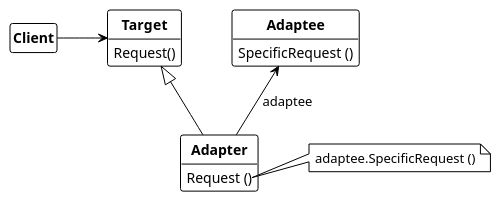
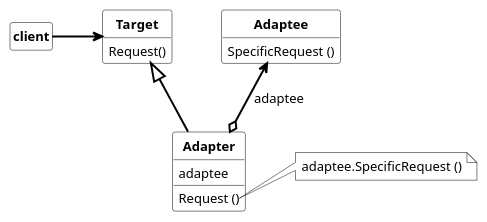
Before and after one commit to dst80/design-patterns: the second of 2 diagrams in structural_pattern/adapter/adapter.md, drawn with PlantUML. The commit also changed other lines of this file and 11 other files, not shown here.

````diff
--- a/structural_pattern/adapter/adapter.md
+++ b/structural_pattern/adapter/adapter.md
@@ -56,33 +71,49 @@
 ```plantuml
 @startuml adapter_by_composition
-!theme plain
+skinparam ranksep 50
 skinparam nodesep 50
-skinparam ranksep 50
+skinparam class {
+  FontSize 13
+  AttributeFontSize 13
+  FontStyle bold
+  BackgroundColor transparent
+  BorderColor black
+}
+skinparam arrow {
+  Color black
+  FontColor black
+  Thickness 2
+}
+skinparam note {
+  BackgroundColor transparent
+  BorderColor black
+}
 hide circle
 hide fields
 
 
-class "**Client**" as client
+class client
 hide client members
 
-class "**Target**" as target {
+class Target {
     Request()
 }
 
-class "**Adapter**" as adapter {
+class Adapter extends Target {
     Request ()
+    adaptee
 }
+show Adapter fields
 
-note right of adapter::Request
+note right of Adapter::Request
     adaptee.SpecificRequest ()
 end note
 
-class "**Adaptee**" as adaptee {
+class Adaptee {
     SpecificRequest ()
 }
 
-client -r--> target
-target <|-- adapter
-adaptee <-- adapter : adaptee
+client -r--> Target
+Adaptee <--o Adapter : adaptee
 @enduml
 ```
````
